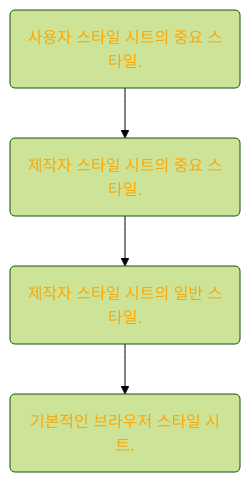
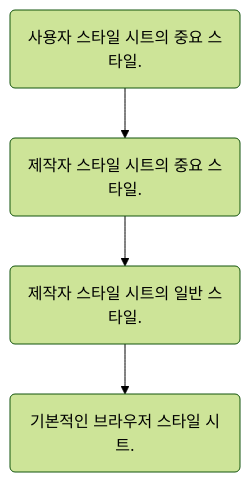
The first of 2 diagrams in src/content/CSS/cascade.md (kidboi666/ssg-blog), drawn with Mermaid (forest theme) before and after one commit. The commit also changed other lines of this file and 18 other files, not shown here.

````diff
--- a/src/content/CSS/cascade.md
+++ b/src/content/CSS/cascade.md
@@ -29,11 +29,6 @@
 ```mermaid
-
 flowchart TD
 	A(사용자 스타일 시트의 중요 스타일.) --> B(제작자 스타일 시트의 중요 스타일.)
 	B --> C(제작자 스타일 시트의 일반 스타일.)
 	C --> D(기본적인 브라우저 스타일 시트.)
-style A color: orange
-style B color: orange
-style C color: orange
-style D color: orange
 ```
````
